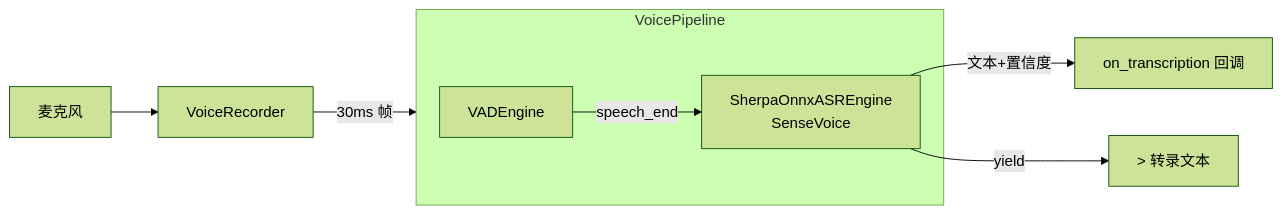
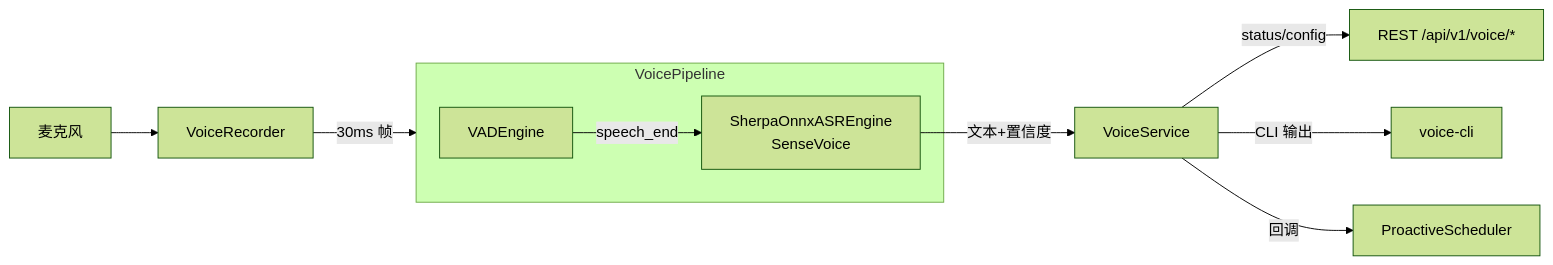
The diagram in app/voice/AGENTS.md (MiyakoMeow/DrivePal), drawn with Mermaid (forest theme) before and after one commit. The commit also changed other lines of this file and 23 other files, not shown here.

First line of the commit message:
feat: voice module refactor — VoiceService, toggle, CLI, standalone server, WebUI console (#217)

````diff
--- a/app/voice/AGENTS.md
+++ b/app/voice/AGENTS.md
@@ -7,10 +7,12 @@
 ```mermaid
 flowchart LR
     Mic["麦克风"] --> Rec[VoiceRecorder]
     Rec -->|30ms 帧| PL[VoicePipeline]
     subgraph PL["VoicePipeline"]
         VAD[VADEngine] -->|speech_end| ASR["SherpaOnnxASREngine<br/>SenseVoice"]
     end
-    ASR -->|文本+置信度| CB[on_transcription 回调]
-    ASR -->|yield| Out["> 转录文本"]
+    ASR -->|文本+置信度| VS[VoiceService]
+    VS -->|status/config| API["REST /api/v1/voice/*"]
+    VS -->|CLI 输出| CLI["voice-cli"]
+    VS -->|回调| Sched["ProactiveScheduler"]
 ```
````
